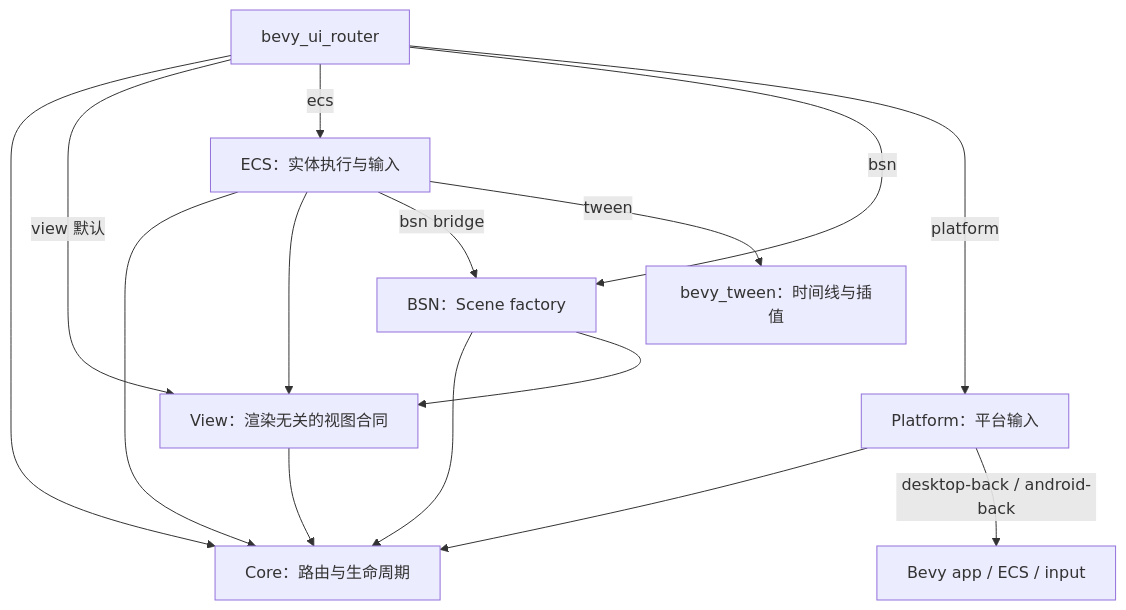
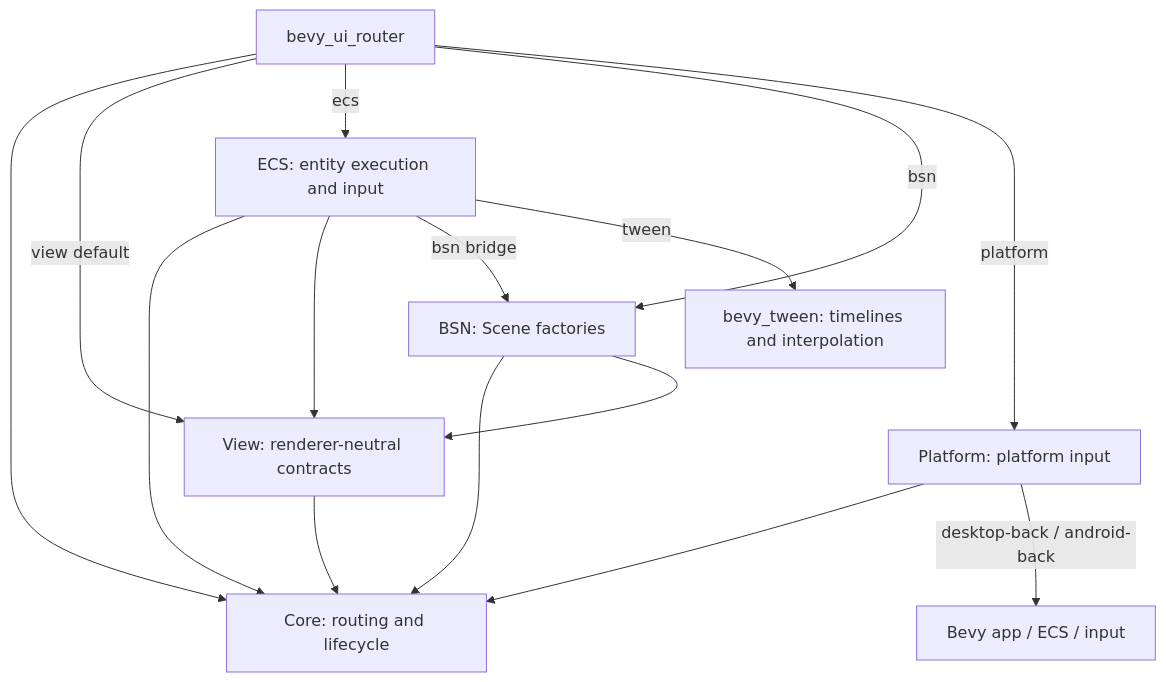
One commit to shengyusi-SYS/bevy_ui_router changed the first of 2 diagrams in docs/architecture/README.md. Above: the diagram before and after it, drawn with Mermaid. The commit also changed other lines of this file and 73 other files, not shown here.

````diff
--- a/docs/architecture/README.md
+++ b/docs/architecture/README.md
@@ -11,17 +11,17 @@
 ```mermaid
 flowchart TD
-    Facade["bevy_ui_router"] --> Core["Core：路由与生命周期"]
-    Facade -->|view 默认| View["View：渲染无关的视图合同"]
-    Facade -->|ecs| ECS["ECS：实体执行与输入"]
-    Facade -->|bsn| BSN["BSN：Scene factory"]
-    Facade -->|platform| Platform["Platform：平台输入"]
+    Facade["bevy_ui_router"] --> Core["Core: routing and lifecycle"]
+    Facade -->|view default| View["View: renderer-neutral contracts"]
+    Facade -->|ecs| ECS["ECS: entity execution and input"]
+    Facade -->|bsn| BSN["BSN: Scene factories"]
+    Facade -->|platform| Platform["Platform: platform input"]
     View --> Core
     ECS --> Core
     ECS --> View
     ECS -->|bsn bridge| BSN
-    ECS -->|tween| Tween["bevy_tween：时间线与插值"]
+    ECS -->|tween| Tween["bevy_tween: timelines and interpolation"]
     BSN --> Core
     BSN --> View
     Platform --> Core
     Platform -->|desktop-back / android-back| BevyInput["Bevy app / ECS / input"]
 ```
````
